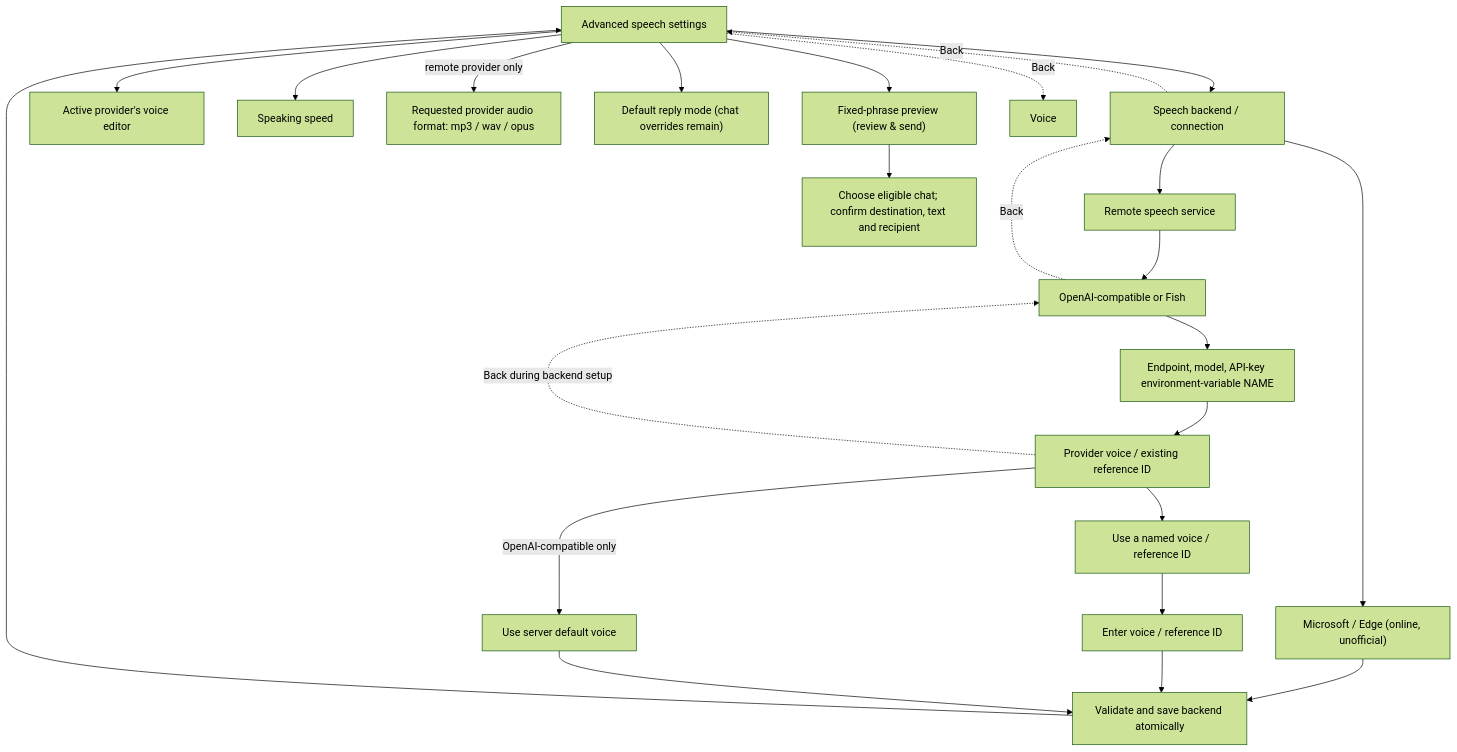
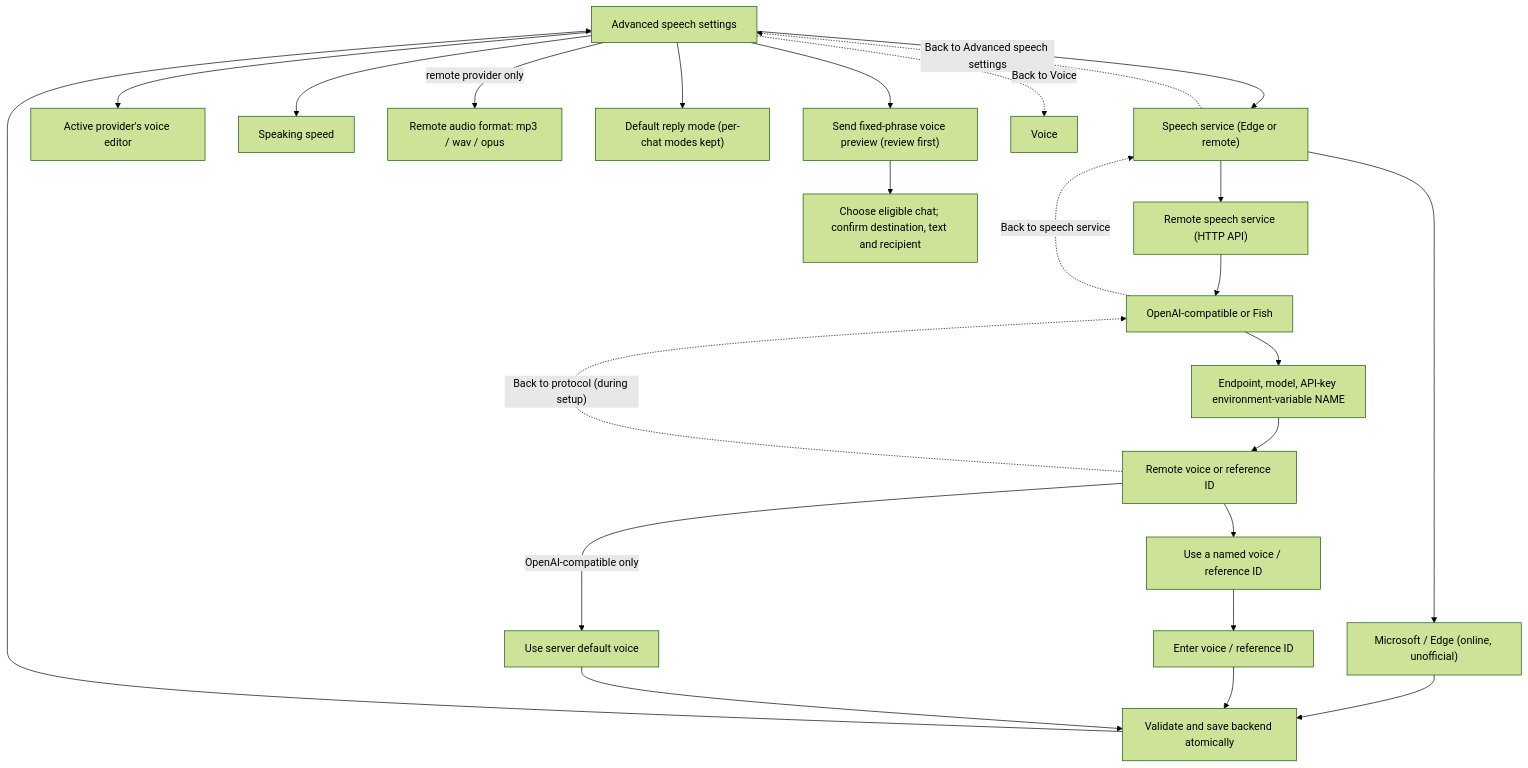
Before and after one commit to jagaliano/whatsapp-ng: the ninth of 11 diagrams in docs/menu-diagrams.md, drawn with Mermaid (forest theme). The commit also changed other lines of this file and 33 other files, not shown here.

````diff
--- a/docs/menu-diagrams.md
+++ b/docs/menu-diagrams.md
@@ -227,26 +228,26 @@
 ```mermaid
 flowchart TB
-    Advanced["Advanced speech settings"] --> Backend["Speech backend / connection"]
+    Advanced["Advanced speech settings"] --> Backend["Speech service (Edge or remote)"]
     Backend --> Edge["Microsoft / Edge (online, unofficial)"]
-    Backend --> Remote["Remote speech service"]
+    Backend --> Remote["Remote speech service (HTTP API)"]
     Remote --> Protocol["OpenAI-compatible or Fish"]
     Protocol --> Fields["Endpoint, model, API-key environment-variable NAME"]
-    Fields --> VoiceChoice["Provider voice / existing reference ID"]
+    Fields --> VoiceChoice["Remote voice or reference ID"]
     VoiceChoice --> Named["Use a named voice / reference ID"]
     VoiceChoice -->|"OpenAI-compatible only"| Server["Use server default voice"]
     Named --> ID["Enter voice / reference ID"]
     Edge --> Save["Validate and save backend atomically"]
     ID --> Save
     Server --> Save
     Save --> Advanced
-    Backend -. "Back" .-> Advanced
-    Protocol -. "Back" .-> Backend
-    VoiceChoice -. "Back during backend setup" .-> Protocol
+    Backend -. "Back to Advanced speech settings" .-> Advanced
+    Protocol -. "Back to speech service" .-> Backend
+    VoiceChoice -. "Back to protocol (during setup)" .-> Protocol
     Advanced --> VoiceEdit["Active provider's voice editor"]
     Advanced --> Speed["Speaking speed"]
-    Advanced -->|"remote provider only"| Format["Requested provider audio format: mp3 / wav / opus"]
-    Advanced --> Default["Default reply mode (chat overrides remain)"]
-    Advanced --> Preview["Fixed-phrase preview (review & send)"]
+    Advanced -->|"remote provider only"| Format["Remote audio format: mp3 / wav / opus"]
+    Advanced --> Default["Default reply mode (per-chat modes kept)"]
+    Advanced --> Preview["Send fixed-phrase voice preview (review first)"]
     Preview --> Chat["Choose eligible chat; confirm destination, text and recipient"]
-    Advanced -. "Back" .-> Voice["Voice"]
+    Advanced -. "Back to Voice" .-> Voice["Voice"]
 ```
````
